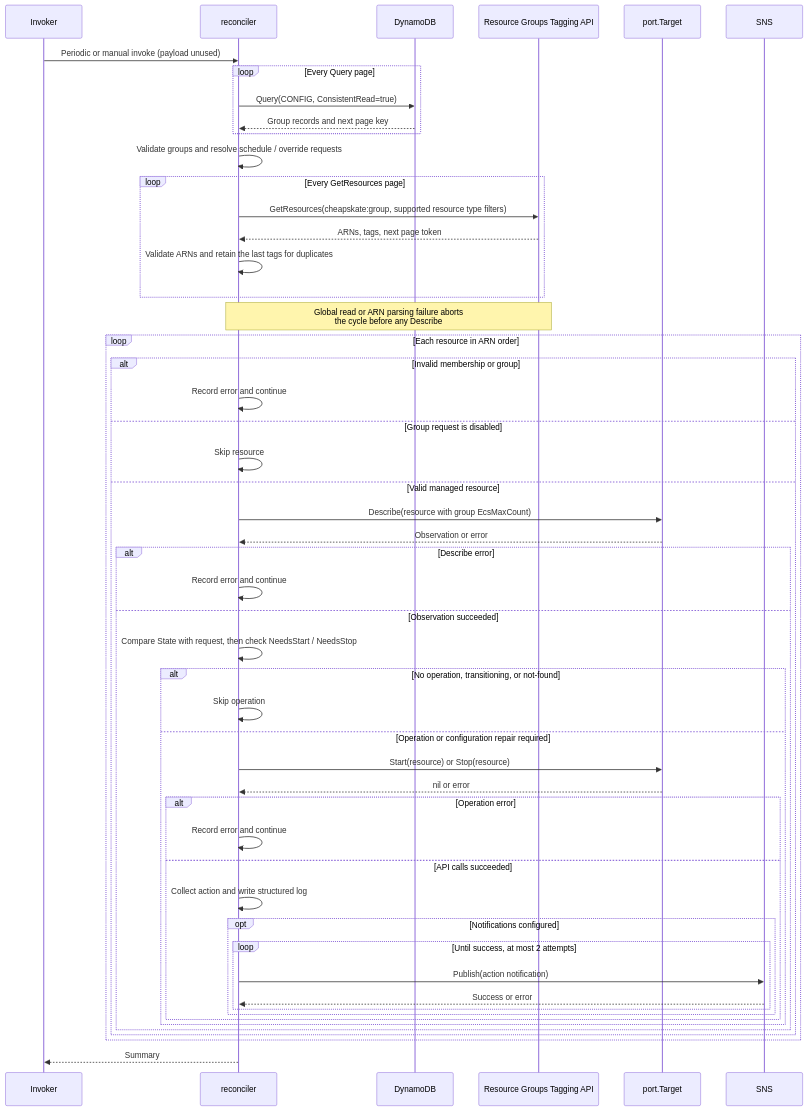
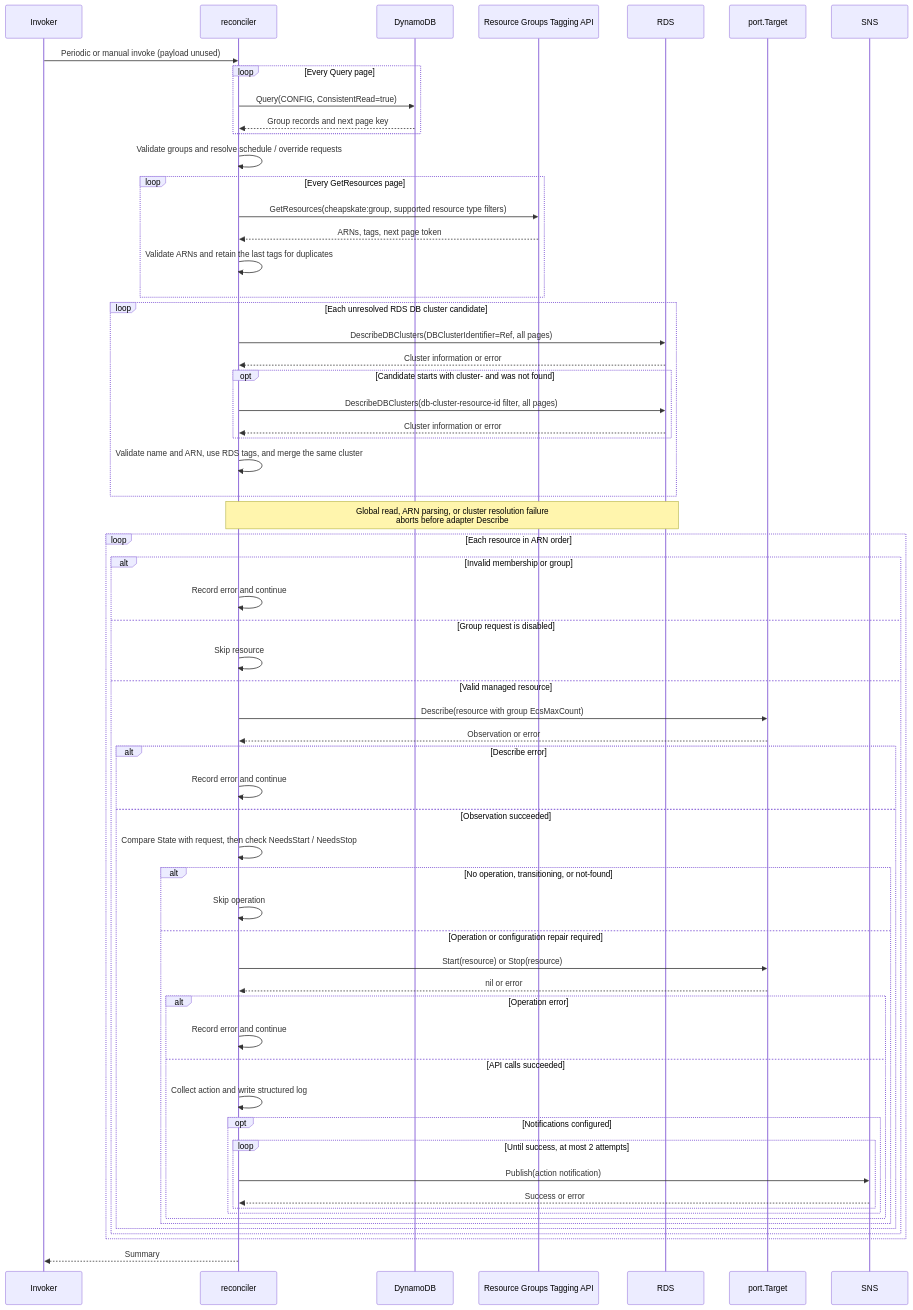
The first of 9 diagrams in docs/en/development/resource_sequence.md (moepig/cheapskate), drawn with Mermaid before and after one commit. The commit also changed 25 other files, not shown here.

````diff
--- a/docs/en/development/resource_sequence.md
+++ b/docs/en/development/resource_sequence.md
@@ -9,54 +9,64 @@
 ```mermaid
 sequenceDiagram
     participant C as Invoker
     participant R as reconciler
     participant D as DynamoDB
     participant T as Resource Groups Tagging API
+    participant S as RDS
     participant A as port.Target
     participant N as SNS
     C->>R: Periodic or manual invoke (payload unused)
     loop Every Query page
         R->>D: Query(CONFIG, ConsistentRead=true)
         D-->>R: Group records and next page key
     end
     R->>R: Validate groups and resolve schedule / override requests
     loop Every GetResources page
         R->>T: GetResources(cheapskate:group, supported resource type filters)
         T-->>R: ARNs, tags, next page token
         R->>R: Validate ARNs and retain the last tags for duplicates
     end
-    Note over R,T: Global read or ARN parsing failure aborts<br/>the cycle before any Describe
+    loop Each unresolved RDS DB cluster candidate
+        R->>S: DescribeDBClusters(DBClusterIdentifier=Ref, all pages)
+        S-->>R: Cluster information or error
+        opt Candidate starts with cluster- and was not found
+            R->>S: DescribeDBClusters(db-cluster-resource-id filter, all pages)
+            S-->>R: Cluster information or error
+        end
+        R->>R: Validate name and ARN, use RDS tags, and merge the same cluster
+    end
+    Note over R,S: Global read, ARN parsing, or cluster resolution failure<br/>aborts before adapter Describe
     loop Each resource in ARN order
         alt Invalid membership or group
             R->>R: Record error and continue
         else Group request is disabled
             R->>R: Skip resource
         else Valid managed resource
             R->>A: Describe(resource with group EcsMaxCount)
             A-->>R: Observation or error
             alt Describe error
                 R->>R: Record error and continue
             else Observation succeeded
                 R->>R: Compare State with request, then check NeedsStart / NeedsStop
                 alt No operation, transitioning, or not-found
                     R->>R: Skip operation
                 else Operation or configuration repair required
                     R->>A: Start(resource) or Stop(resource)
                     A-->>R: nil or error
                     alt Operation error
                         R->>R: Record error and continue
                     else API calls succeeded
                         R->>R: Collect action and write structured log
                         opt Notifications configured
                             loop Until success, at most 2 attempts
                                 R->>N: Publish(action notification)
                                 N-->>R: Success or error
                             end
                         end
                     end
                 end
             end
         end
     end
     R-->>C: Summary
 ```
````
